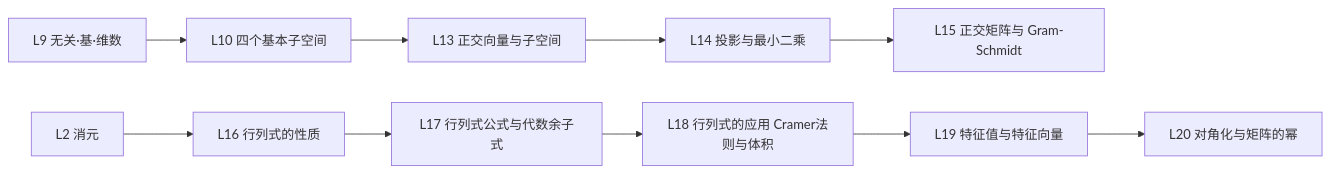
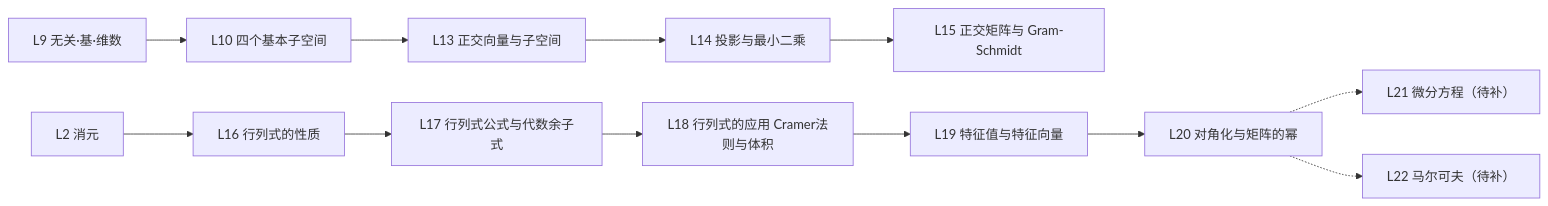
Before and after one commit to Korotomx/STD: the diagram in Math/Linear Algebra/主页.md, drawn with Mermaid. The commit also changed other lines of this file and 5 other files, not shown here.

````diff
--- a/Math/Linear Algebra/主页.md
+++ b/Math/Linear Algebra/主页.md
@@ -45,12 +47,14 @@
 ```mermaid
 flowchart LR
     L9["L9 无关·基·维数"] --> L10["L10 四个基本子空间"]
     L10 --> L13["L13 正交向量与子空间"]
     L13 --> L14["L14 投影与最小二乘"]
     L14 --> L15["L15 正交矩阵与 Gram-Schmidt"]
     L2["L2 消元"] --> L16["L16 行列式的性质"]
     L16 --> L17["L17 行列式公式与代数余子式"]
     L17 --> L18["L18 行列式的应用 Cramer法则与体积"]
     L18 --> L19["L19 特征值与特征向量"]
     L19 --> L20["L20 对角化与矩阵的幂"]
+    L20 -.-> L21["L21 微分方程（待补）"]
+    L20 -.-> L22["L22 马尔可夫（待补）"]
 ```
````
